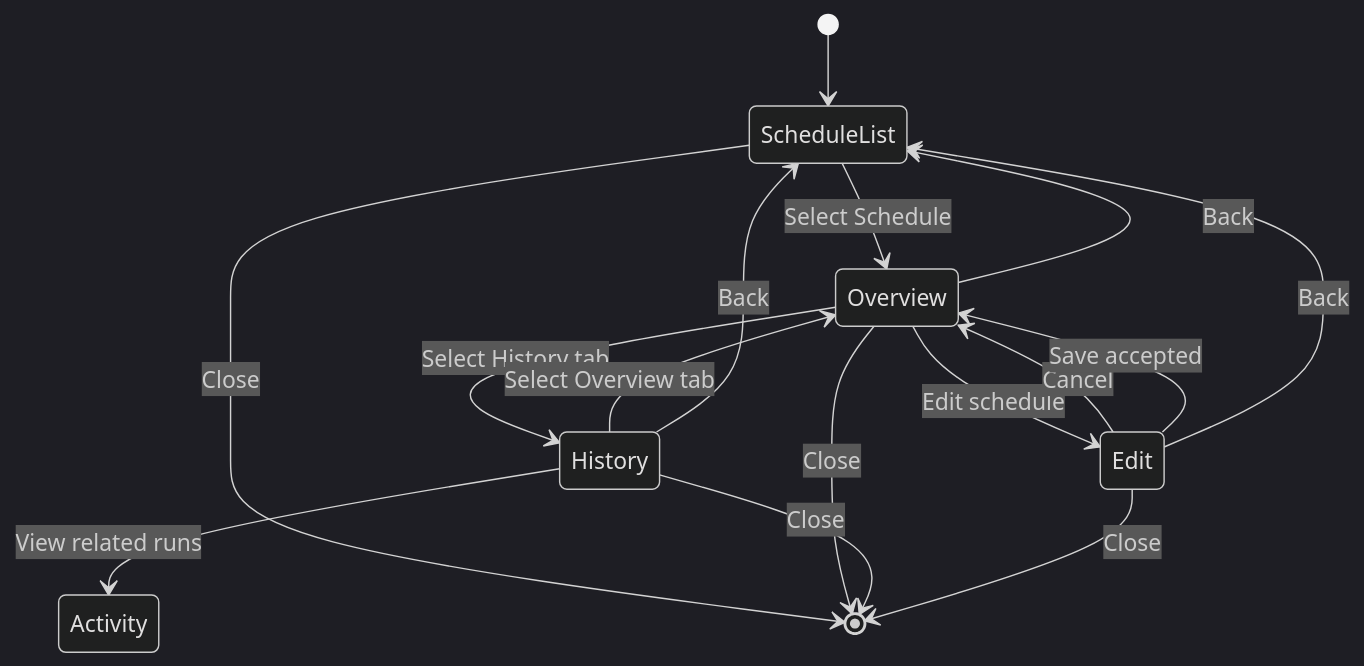
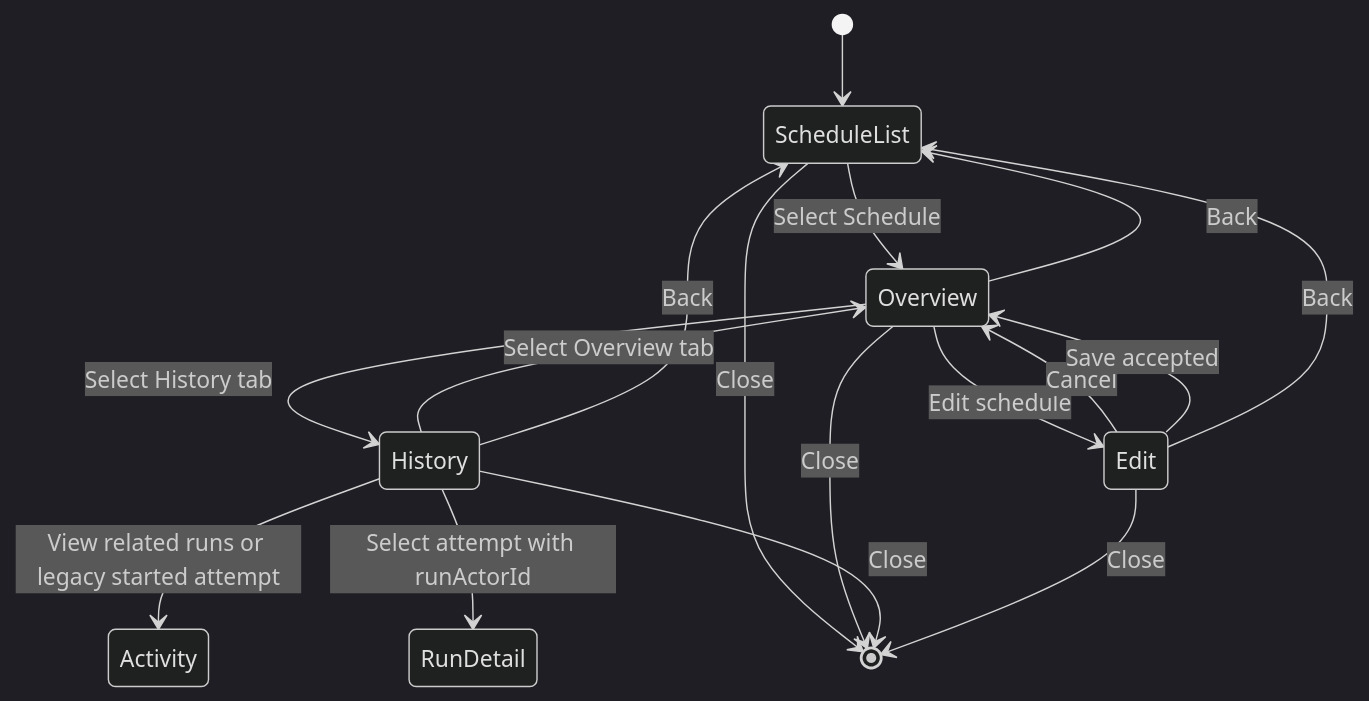
Before and after one commit to aevatarAI/aevatar: the diagram in apps/aevatar-console-web/docs/superpowers/specs/2026-08-21-workflow-schedule-history-design.md, drawn with Mermaid (dark theme). The commit also changed other lines of this file and 11 other files, not shown here.

````diff
--- a/apps/aevatar-console-web/docs/superpowers/specs/2026-08-21-workflow-schedule-history-design.md
+++ b/apps/aevatar-console-web/docs/superpowers/specs/2026-08-21-workflow-schedule-history-design.md
@@ -259,18 +271,19 @@
 ```mermaid
 stateDiagram-v2
     [*] --> ScheduleList
     ScheduleList --> Overview: Select Schedule
     Overview --> History: Select History tab
     History --> Overview: Select Overview tab
     Overview --> Edit: Edit schedule
     Edit --> Overview: Cancel
     Edit --> Overview: Save accepted
-    History --> Activity: View related runs
+    History --> Activity: View related runs or legacy started attempt
+    History --> RunDetail: Select attempt with runActorId
     Overview --> ScheduleList: Back
     History --> ScheduleList: Back
     Edit --> ScheduleList: Back
     ScheduleList --> [*]: Close
     Overview --> [*]: Close
     History --> [*]: Close
     Edit --> [*]: Close
 ```
````
